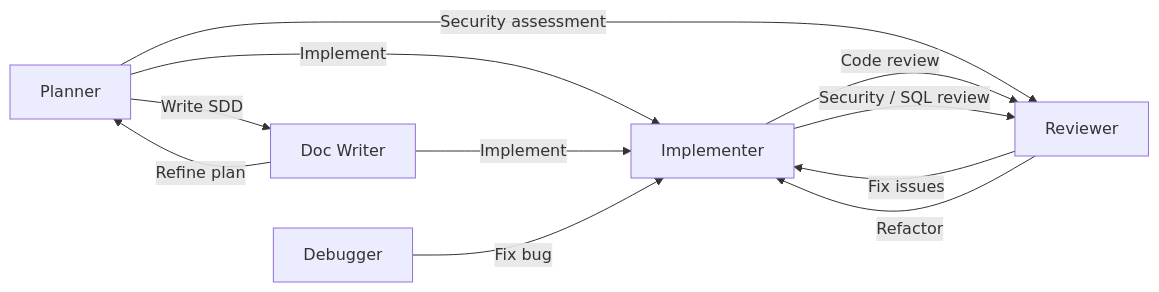
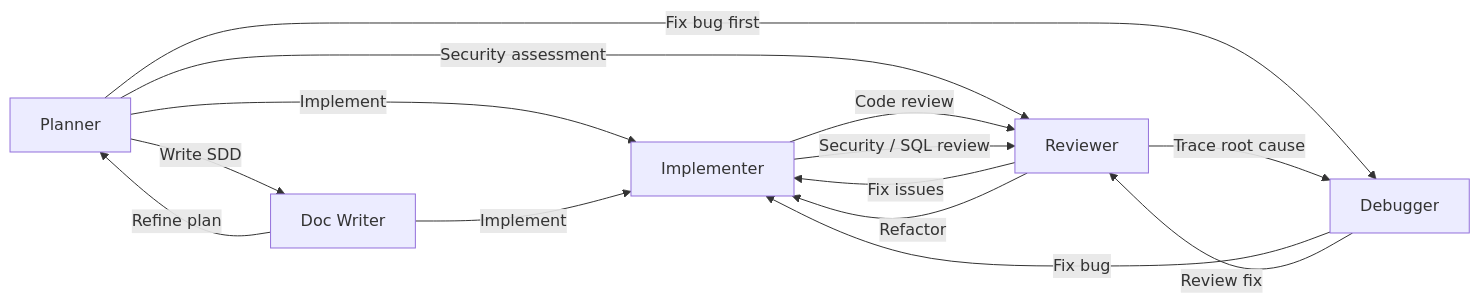
The diagram in README.md (zexion7873/copilot-setting), drawn with Mermaid before and after one commit. The commit also changed 6 other files, not shown here.

````diff
--- a/README.md
+++ b/README.md
@@ -126,17 +126,20 @@
 ```mermaid
 flowchart LR
     Planner -->|"Write SDD"| DocWriter[Doc Writer]
     Planner -->|"Implement"| Implementer
     Planner -->|"Security assessment"| Reviewer
+    Planner -->|"Fix bug first"| Debugger
 
     DocWriter -->|"Implement"| Implementer
     DocWriter -->|"Refine plan"| Planner
 
     Implementer -->|"Code review"| Reviewer
     Implementer -->|"Security / SQL review"| Reviewer
 
     Reviewer -->|"Fix issues"| Implementer
     Reviewer -->|"Refactor"| Implementer
+    Reviewer -->|"Trace root cause"| Debugger
 
     Debugger -->|"Fix bug"| Implementer
+    Debugger -->|"Review fix"| Reviewer
 ```
````
